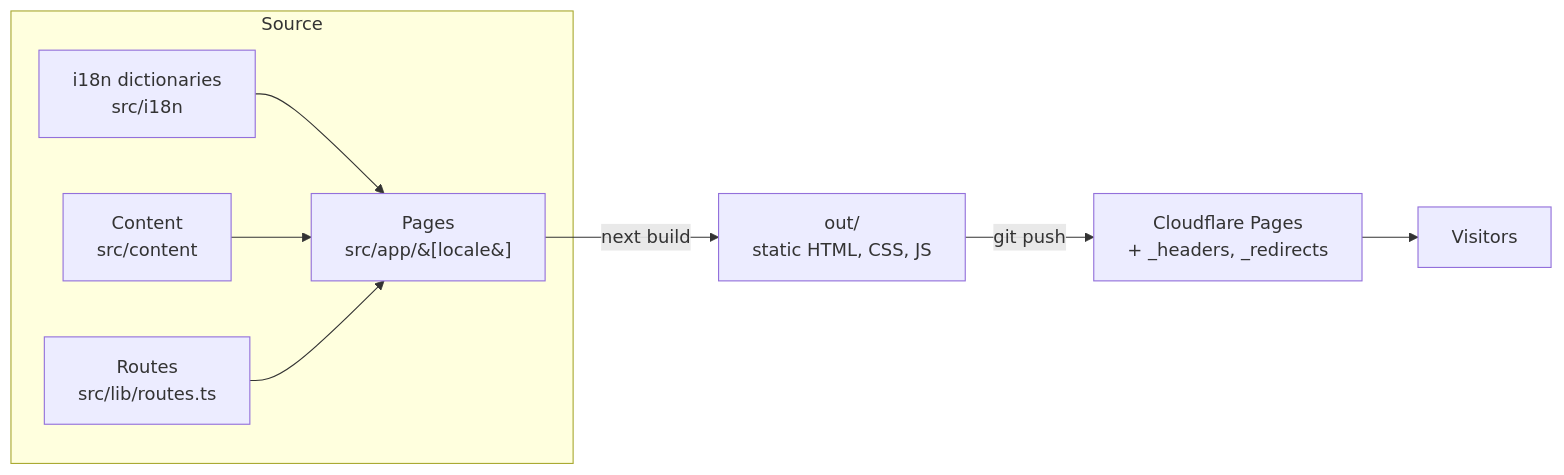
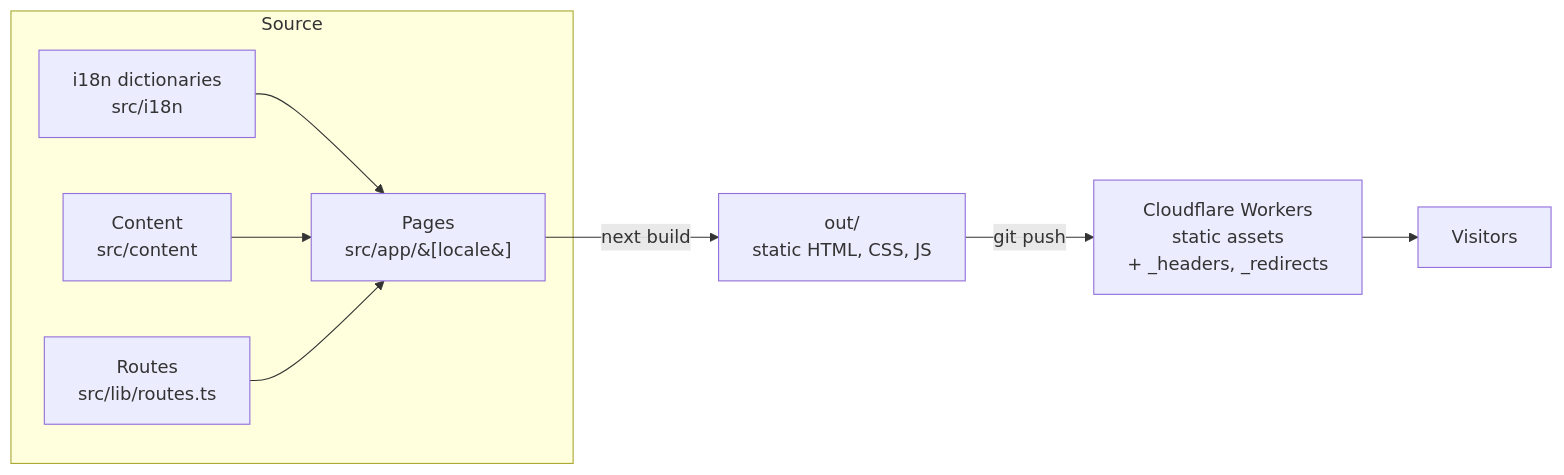
Before and after one commit to daardilava/ceiba-studio: the diagram in docs/architecture.md, drawn with Mermaid. The commit also changed other lines of this file and 8 other files, not shown here.

````diff
--- a/docs/architecture.md
+++ b/docs/architecture.md
@@ -9,12 +9,12 @@
 ```mermaid
 flowchart LR
   subgraph Source
     D[i18n dictionaries<br/>src/i18n] --> P
     C[Content<br/>src/content] --> P
     R[Routes<br/>src/lib/routes.ts] --> P
     P[Pages<br/>src/app/&#91;locale&#93;]
   end
   P -- next build --> O[out/<br/>static HTML, CSS, JS]
-  O -- git push --> CF[Cloudflare Pages<br/>+ _headers, _redirects]
+  O -- git push --> CF[Cloudflare Workers<br/>static assets<br/>+ _headers, _redirects]
   CF --> U[Visitors]
 ```
````
